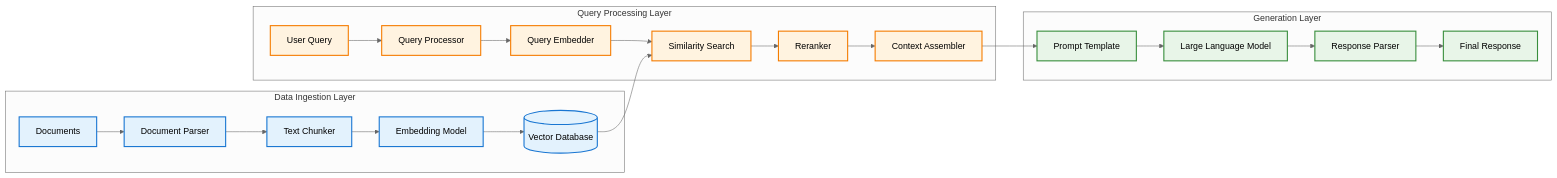
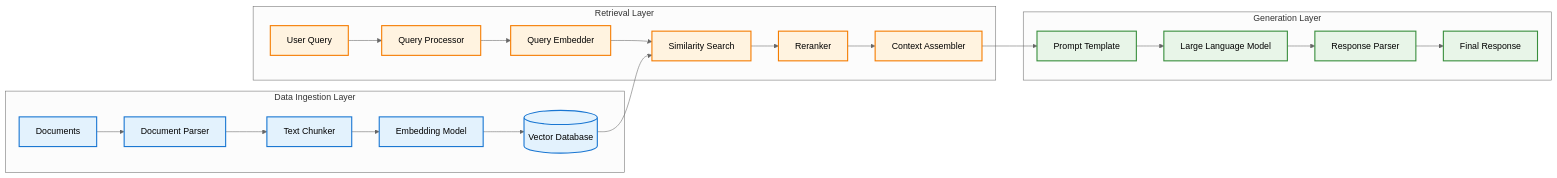
One commit to baronsengir007/Ai-Assistent-Nylas changed the first of 4 diagrams in week-4/rag-introduction/README.md. Above: the diagram before and after it, drawn with Mermaid.

Commit message:
Rename "Query Processing Layer" to "Retrieval Layer" in README.md to better reflect the functionality of the component within the RAG architecture. This change improves the accuracy of the documentation.

````diff
--- a/week-4/rag-introduction/README.md
+++ b/week-4/rag-introduction/README.md
@@ -68,37 +68,37 @@
 ```mermaid
 ---
 config:
   theme: neutral
 ---
 graph LR
     subgraph "Data Ingestion Layer"
         A[Documents] --> B[Document Parser]
         B --> C[Text Chunker]
         C --> D[Embedding Model]
         D --> E[(Vector Database)]
     end
     
-    subgraph "Query Processing Layer"
+    subgraph "Retrieval Layer"
         F[User Query] --> G[Query Processor]
         G --> H[Query Embedder]
         H --> I[Similarity Search]
         E --> I
         I --> J[Reranker]
         J --> K[Context Assembler]
     end
     
     subgraph "Generation Layer"
         K --> L[Prompt Template]
         L --> M[Large Language Model]
         M --> N[Response Parser]
         N --> O[Final Response]
     end
     
     classDef ingestion fill:#e3f2fd,stroke:#1976d2,stroke-width:2px
     classDef processing fill:#fff3e0,stroke:#f57c00,stroke-width:2px
     classDef generation fill:#e8f5e8,stroke:#388e3c,stroke-width:2px
     
     class A,B,C,D,E ingestion
     class F,G,H,I,J,K processing
     class L,M,N,O generation
 ```
````
